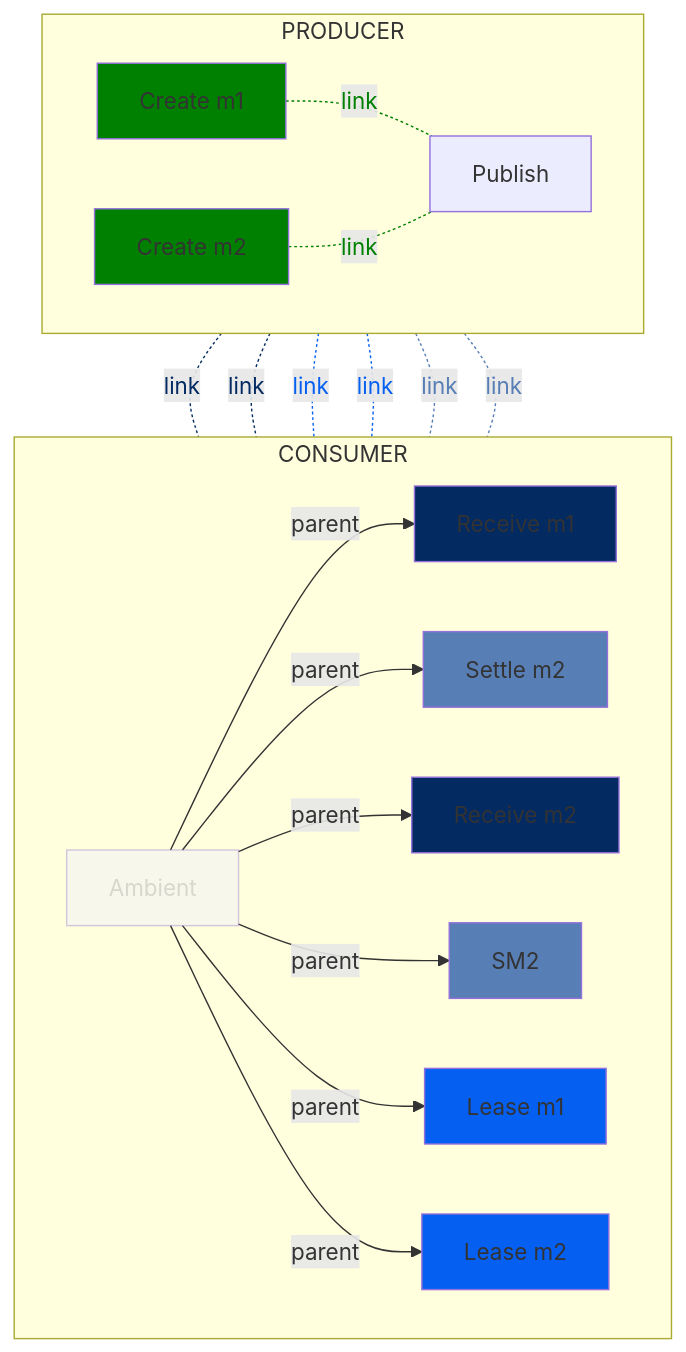
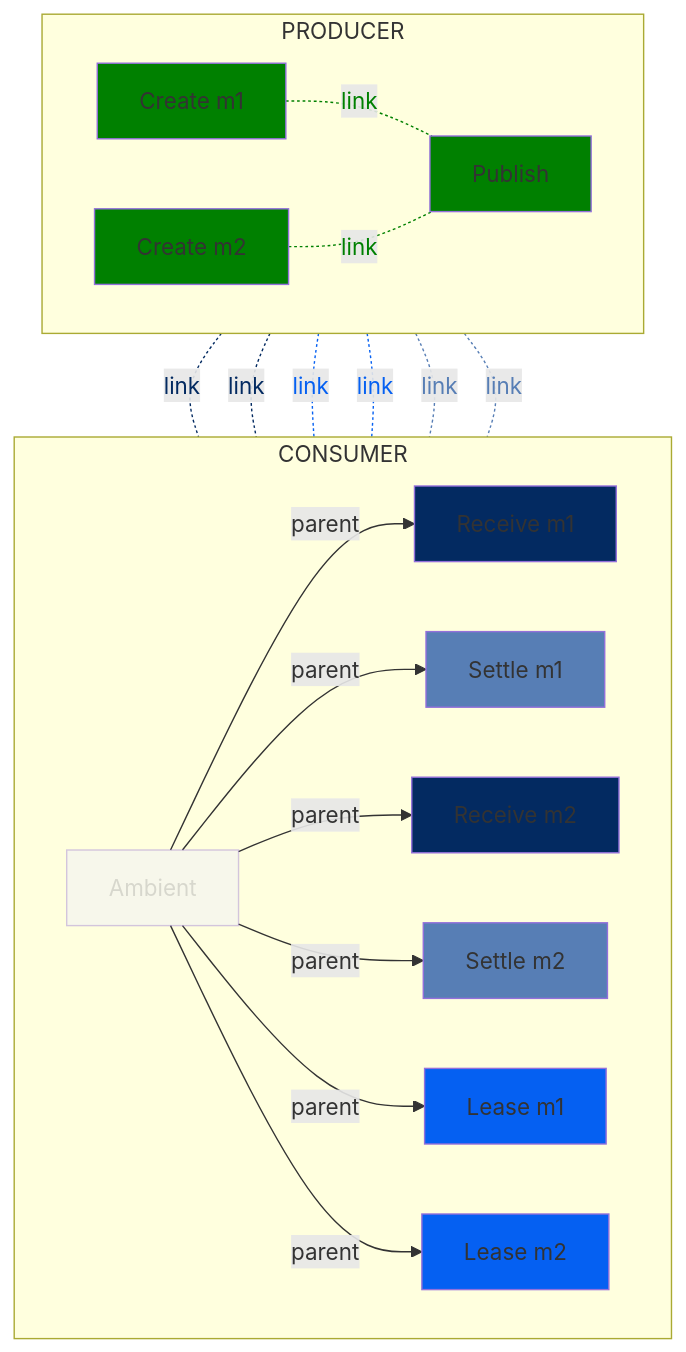
One commit to alevenberg/semantic-conventions changed the second of 5 diagrams in docs/messaging/gcp-pubsub.md. Above: the diagram before and after it, drawn with Mermaid. The commit also changed other lines of this file, not shown here.

````diff
--- a/docs/messaging/gcp-pubsub.md
+++ b/docs/messaging/gcp-pubsub.md
@@ -79,70 +79,70 @@
 ```mermaid
 flowchart TD;
   subgraph CONSUMER
   direction LR
     A[Ambient]
   RM1[Receive m1]
   SM1[Settle m1]
   LM1[Lease m1]
    RM2[Receive m2]
-  SM1[Settle m2]
+  SM2[Settle m2]
   LM2[Lease m2]  
   %% Link 0 
    A-- parent -->RM1
   %% Link 1
    A-- parent -->SM1
    %% Link 2 
    A-- parent -->RM2
    %% Link 3 
   A-- parent -->SM2
      %% Link 4
    A-- parent -->LM1
    %% Link 5
   A-- parent -->LM2
 
   end
   subgraph PRODUCER
   direction LR
   CM1[Create m1]
   CM2[Create m2]
   P[Publish]
   end
    %% Link 6 
 CM1-. link .-P;
    %% Link 7 
   CM2-. link .-P;
     %% Link 8 
  CM1-. link .-RM1;
     %% Link 9
  CM2-. link .-RM2;
        %% Link 10
  CM1-. link .-LM1
     %% Link 11
  CM2-. link .-LM2
      %% Link 12
  CM1-. link .-SM1;
    %% Link 13
   CM2-. link .-SM2;
 
   %% Style the node and corresponding link
   %% Producer links and nodes
   classDef producer fill:green
-  class PM1,CM1,PM2,CM2 producer
+  class P,CM1,CM2 producer
   linkStyle 7,6 color:green,stroke:green
 
   %% Consumer links and nodes
   classDef consumer fill:#032a61
   class RM1,RM2 consumer
   linkStyle 8,9 color:#032a61,stroke:#032a61
 
   classDef lease fill:#0560f2
   class LM1,LM2 lease
   linkStyle 10,11 color:#0560f2,stroke:#0560f2
 
   classDef ack fill:#577eb5
   class SM1,SM2 ack
   linkStyle 12,13 color:#577eb5,stroke:#577eb5
 
   classDef additional opacity:0.4
   class A additional
 ```
````
